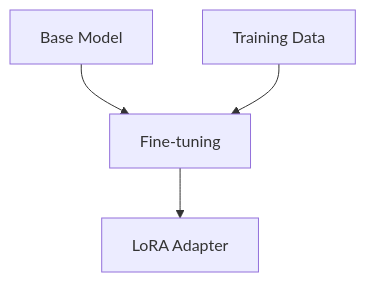
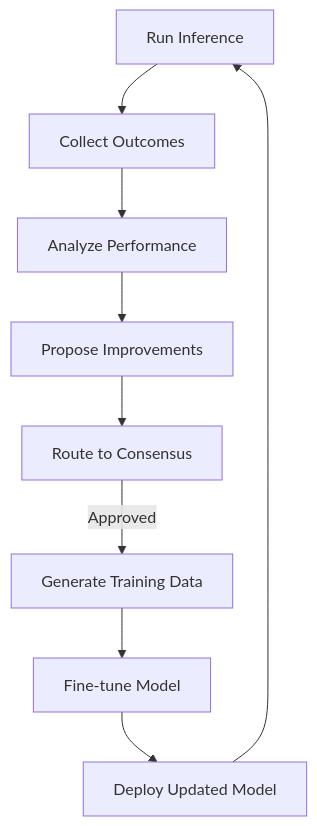
The sixth of 7 diagrams in MODEL.md (Artifact-Virtual/GLADIUS), drawn with Mermaid before and after one commit. The commit also changed other lines of this file and 9 other files, not shown here.

````diff
--- a/MODEL.md
+++ b/MODEL.md
@@ -132,6 +389,11 @@
 ```mermaid
 flowchart TD
-    BaseModel["Base Model"] --> FineTuning["Fine-tuning"]
-    TrainingData["Training Data"] --> FineTuning
-    FineTuning --> LoRAAdapter["LoRA Adapter"]
+    Run["Run Inference"] --> Collect["Collect Outcomes"]
+    Collect --> Analyze["Analyze Performance"]
+    Analyze --> Propose["Propose Improvements"]
+    Propose --> Consensus["Route to Consensus"]
+    Consensus -->|"Approved"| Generate["Generate Training Data"]
+    Generate --> Train["Fine-tune Model"]
+    Train --> Deploy["Deploy Updated Model"]
+    Deploy --> Run
 ```
````
